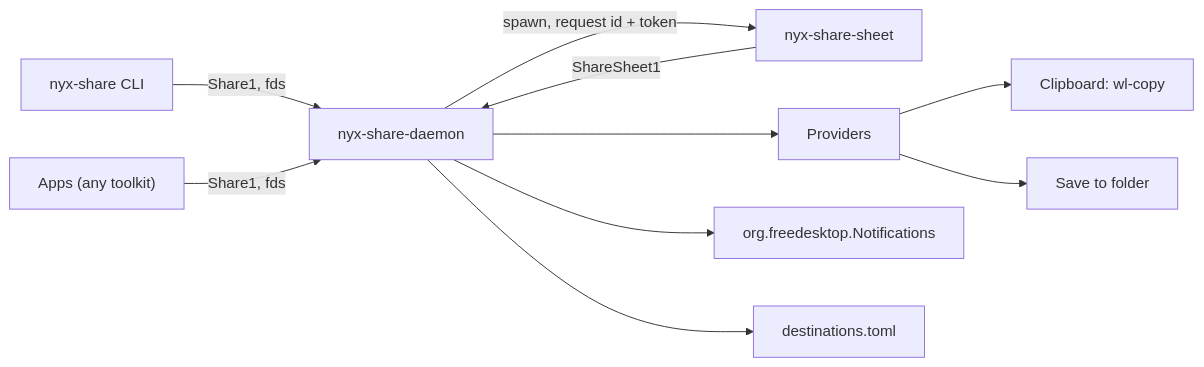
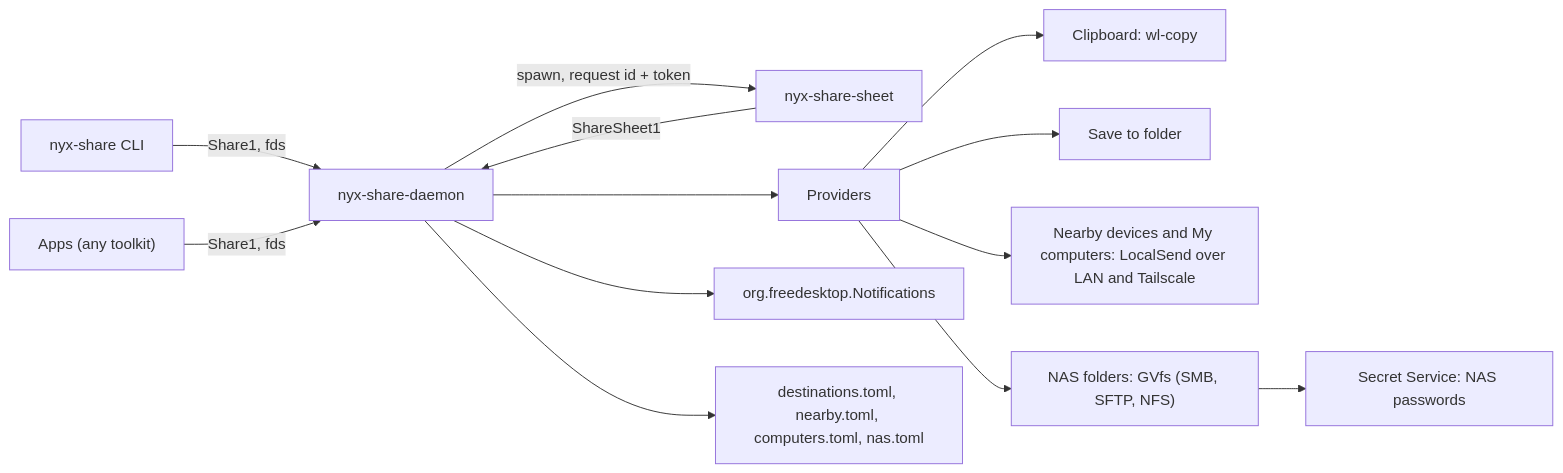
One commit to design-nexus/nyx-share changed the diagram in docs/ARCHITECTURE.md. Above: the diagram before and after it, drawn with Mermaid. The commit also changed other lines of this file and 33 other files, not shown here.

First line of the commit message:
My computers and NAS folders (Phases 4 and 5)

````diff
--- a/docs/ARCHITECTURE.md
+++ b/docs/ARCHITECTURE.md
@@ -3,12 +3,15 @@
 ```mermaid
 flowchart LR
   Cli["nyx-share CLI"] -->|"Share1, fds"| Daemon
   Apps["Apps (any toolkit)"] -->|"Share1, fds"| Daemon
   Daemon["nyx-share-daemon"] -->|"spawn, request id + token"| Sheet["nyx-share-sheet"]
   Sheet -->|"ShareSheet1"| Daemon
   Daemon --> Providers["Providers"]
   Providers --> Clipboard["Clipboard: wl-copy"]
   Providers --> Folder["Save to folder"]
+  Providers --> LocalSend["Nearby devices and My computers: LocalSend over LAN and Tailscale"]
+  Providers --> Nas["NAS folders: GVfs (SMB, SFTP, NFS)"]
+  Nas --> Secrets["Secret Service: NAS passwords"]
   Daemon --> Notify["org.freedesktop.Notifications"]
-  Daemon --> Prefs["destinations.toml"]
+  Daemon --> Prefs["destinations.toml, nearby.toml, computers.toml, nas.toml"]
 ```
````
